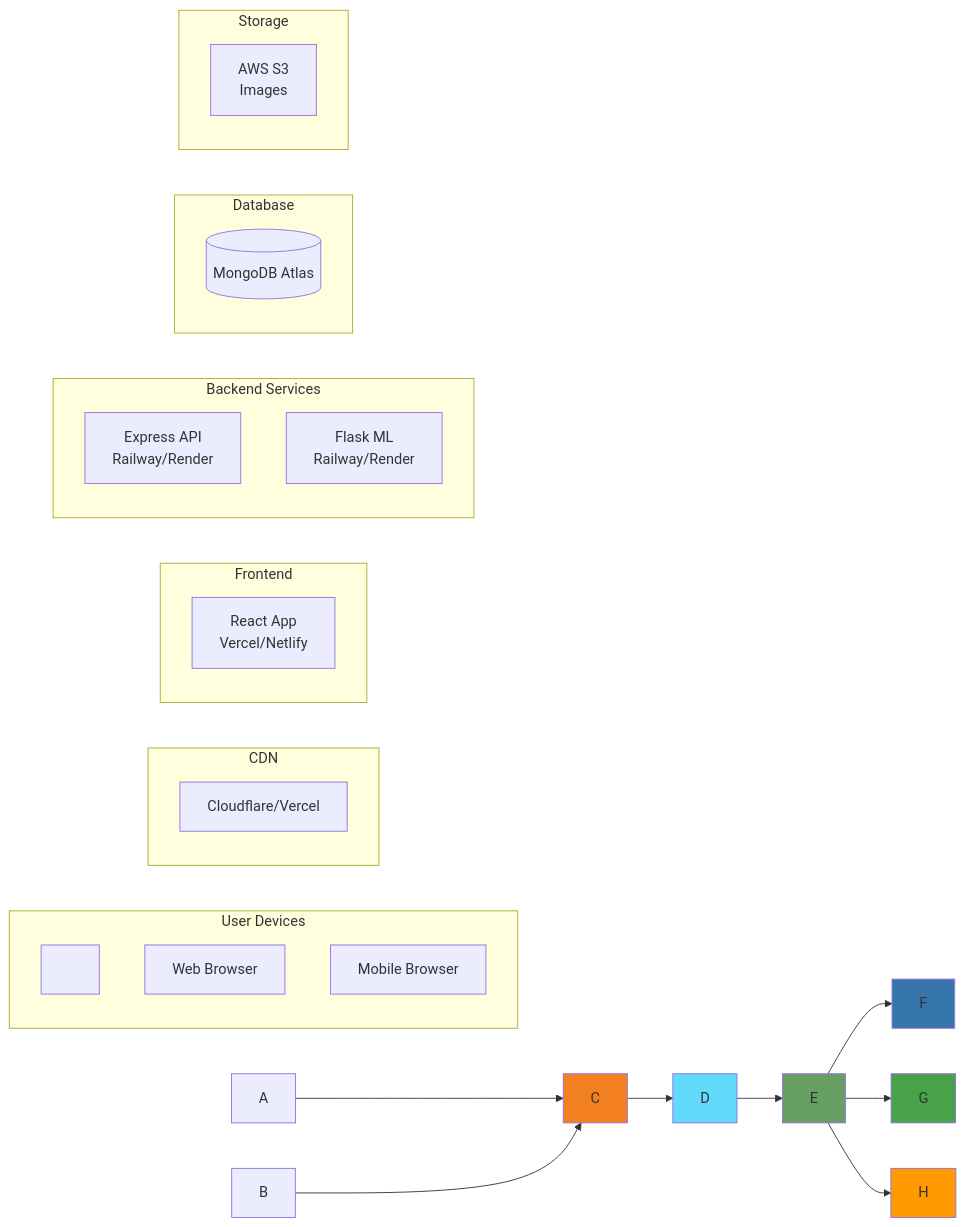
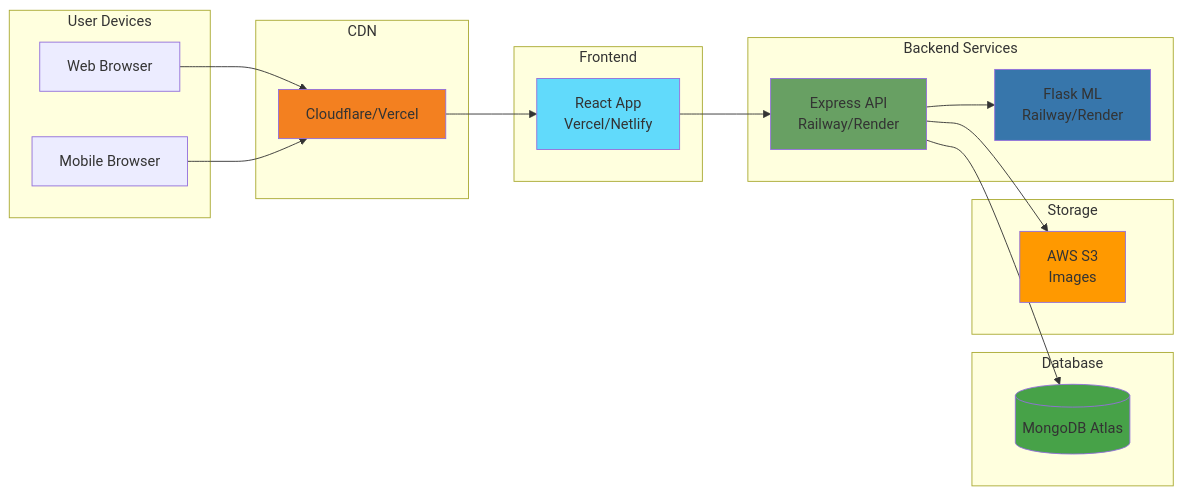
Before and after one commit to NUGRAHA18/chemical_discovery_ai: the fourth of 4 diagrams in ARCHITECTURE.md, drawn with Mermaid. The commit also changed other lines of this file, not shown here.

Commit message:
add architecture

````diff
--- a/ARCHITECTURE.md
+++ b/ARCHITECTURE.md
@@ -253,85 +135,43 @@
 ```mermaid
+graph LR
+    subgraph "User Devices"
+        A[Web Browser]
+        B[Mobile Browser]
+    end
 
-graph LR
+    subgraph "CDN"
+        C[Cloudflare/Vercel]
+    end
 
-&nbsp;   subgraph "User Devices"
+    subgraph "Frontend"
+        D[React App<br/>Vercel/Netlify]
+    end
 
-&nbsp;       A\[Web Browser]
+    subgraph "Backend Services"
+        E[Express API<br/>Railway/Render]
+        F[Flask ML<br/>Railway/Render]
+    end
 
-&nbsp;       B\[Mobile Browser]
+    subgraph "Database"
+        G[(MongoDB Atlas)]
+    end
 
-&nbsp;   end
+    subgraph "Storage"
+        H[AWS S3<br/>Images]
+    end
 
-&nbsp;
+    A --> C
+    B --> C
+    C --> D
+    D --> E
+    E --> F
+    E --> G
+    E --> H
 
-&nbsp;   subgraph "CDN"
-
-&nbsp;       C\[Cloudflare/Vercel]
-
-&nbsp;   end
-
-&nbsp;
-
-&nbsp;   subgraph "Frontend"
-
-&nbsp;       D\[React App<br/>Vercel/Netlify]
-
-&nbsp;   end
-
-&nbsp;
-
-&nbsp;   subgraph "Backend Services"
-
-&nbsp;       E\[Express API<br/>Railway/Render]
-
-&nbsp;       F\[Flask ML<br/>Railway/Render]
-
-&nbsp;   end
-
-&nbsp;
-
-&nbsp;   subgraph "Database"
-
-&nbsp;       G\[(MongoDB Atlas)]
-
-&nbsp;   end
-
-&nbsp;
-
-&nbsp;   subgraph "Storage"
-
-&nbsp;       H\[AWS S3<br/>Images]
-
-&nbsp;   end
-
-&nbsp;
-
-&nbsp;   A --> C
-
-&nbsp;   B --> C
-
-&nbsp;   C --> D
-
-&nbsp;   D --> E
-
-&nbsp;   E --> F
-
-&nbsp;   E --> G
-
-&nbsp;   E --> H
-
-&nbsp;
-
-&nbsp;   style C fill:#f38020
-
-&nbsp;   style D fill:#61dafb
-
-&nbsp;   style E fill:#68a063
-
-&nbsp;   style F fill:#3776ab
-
-&nbsp;   style G fill:#47a248
-
-&nbsp;   style H fill:#ff9900
-
+    style C fill:#f38020
+    style D fill:#61dafb
+    style E fill:#68a063
+    style F fill:#3776ab
+    style G fill:#47a248
+    style H fill:#ff9900
 ```
````
